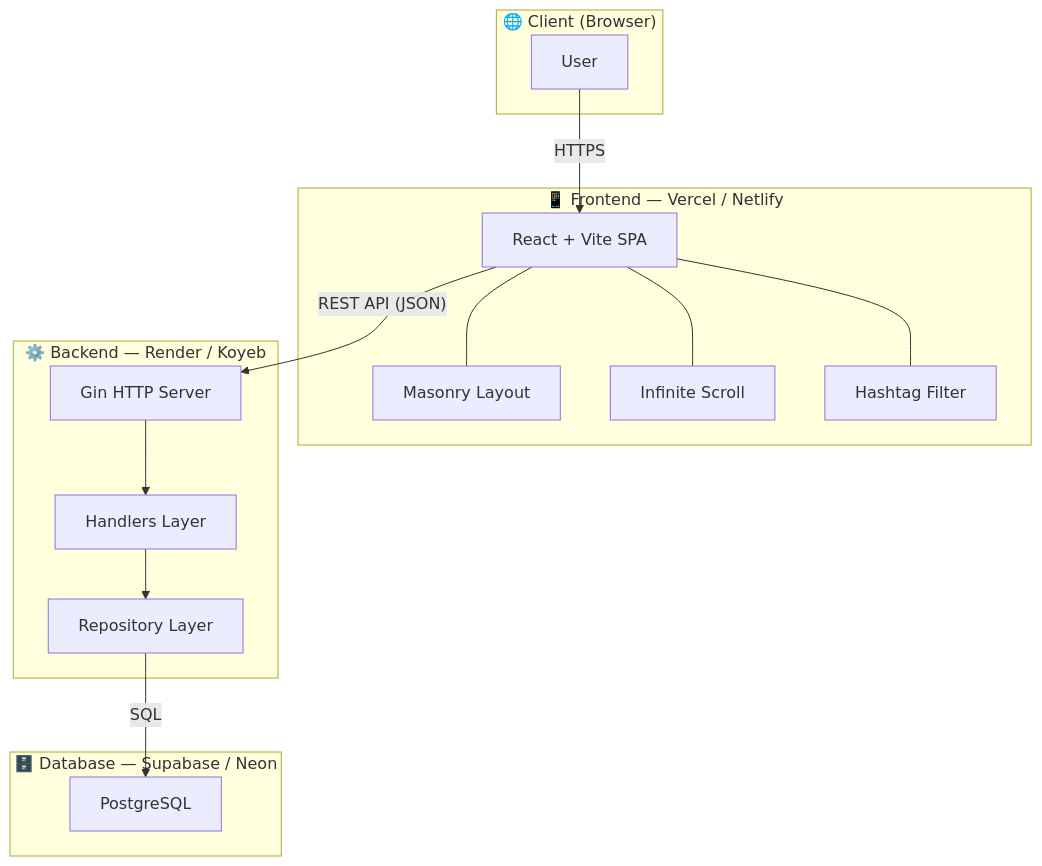
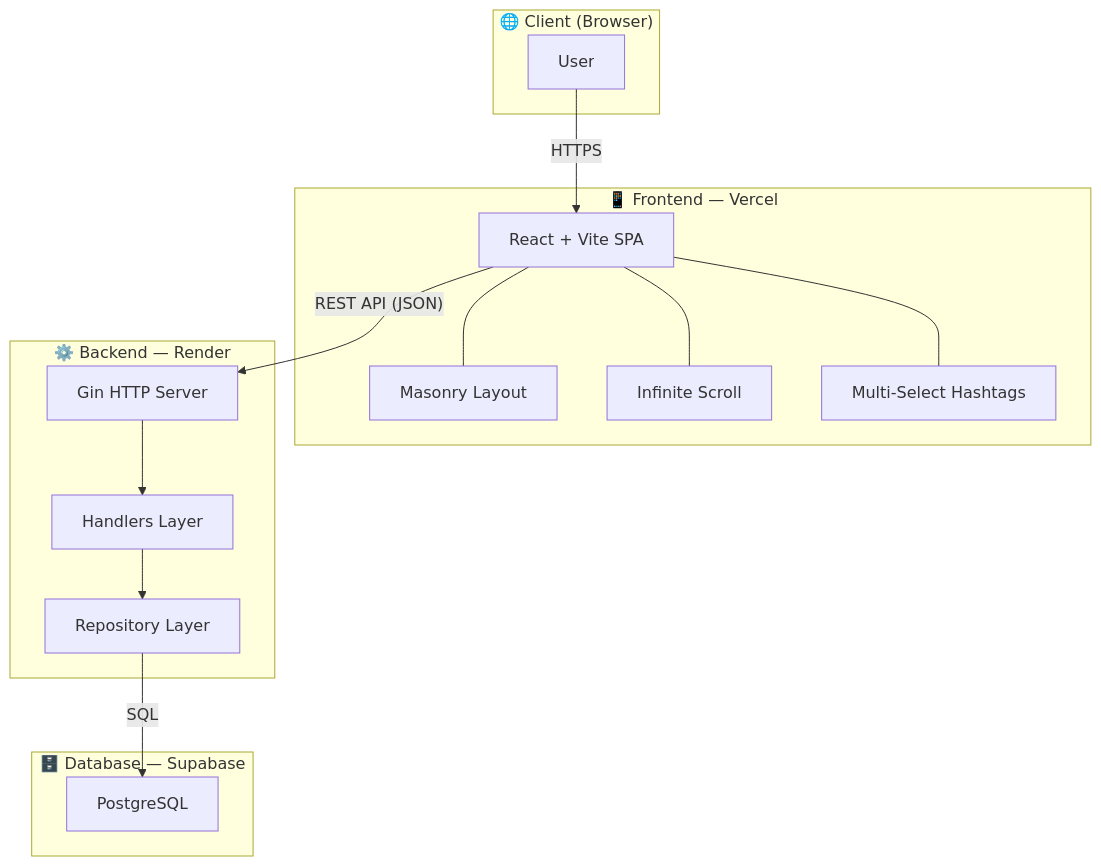
The first of 3 diagrams in README.md (loywizzy/gallery-assessment-web), drawn with Mermaid before and after one commit. The commit also changed other lines of this file, not shown here.

Commit message:
docs: Update frontend README.

````diff
--- a/README.md
+++ b/README.md
@@ -7,32 +7,32 @@
 ```mermaid
 graph TB
     subgraph Client["🌐 Client (Browser)"]
         USER["User"]
     end
 
-    subgraph Frontend["📱 Frontend — Vercel / Netlify"]
+    subgraph Frontend["📱 Frontend — Vercel"]
         REACT["React + Vite SPA"]
         MASONRY["Masonry Layout"]
         SCROLL["Infinite Scroll"]
-        FILTER["Hashtag Filter"]
+        FILTER["Multi-Select Hashtags"]
     end
 
-    subgraph Backend["⚙️ Backend — Render / Koyeb"]
+    subgraph Backend["⚙️ Backend — Render"]
         GIN["Gin HTTP Server"]
         HANDLER["Handlers Layer"]
         REPO["Repository Layer"]
     end
 
-    subgraph Database["🗄️ Database — Supabase / Neon"]
+    subgraph Database["🗄️ Database — Supabase"]
         PG["PostgreSQL"]
     end
 
     USER -->|"HTTPS"| REACT
     REACT -->|"REST API (JSON)"| GIN
     GIN --> HANDLER
     HANDLER --> REPO
     REPO -->|"SQL"| PG
     REACT --- MASONRY
     REACT --- SCROLL
     REACT --- FILTER
 ```
````
